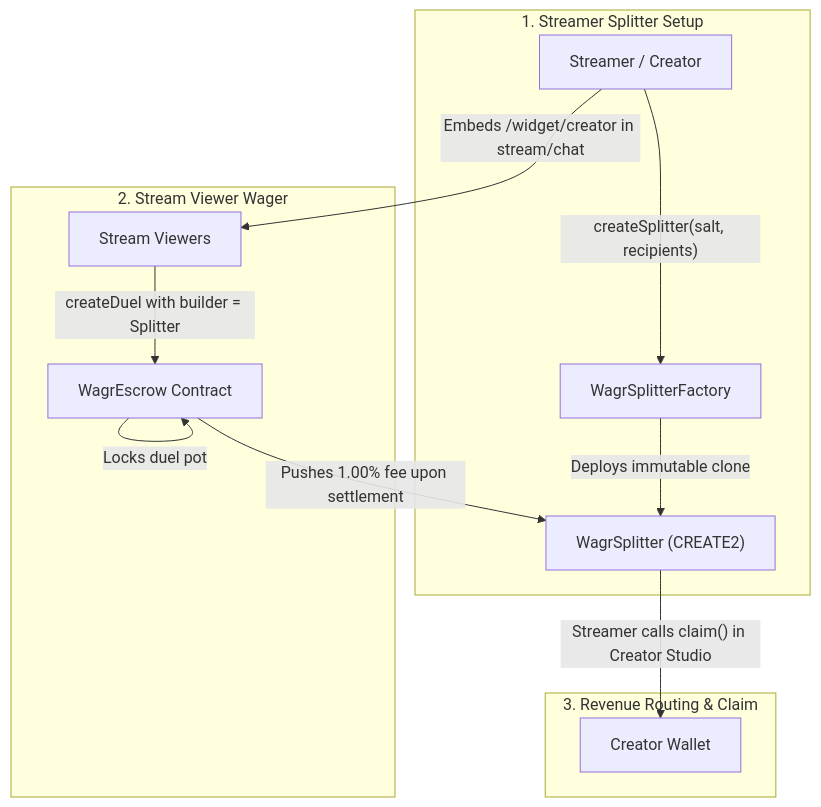
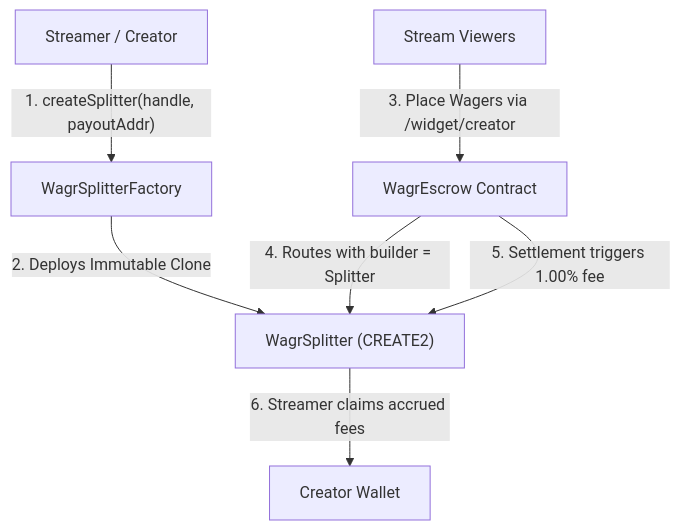
One commit to psanskaar/Wagr changed the second of 2 diagrams in README.md. Above: the diagram before and after it, drawn with Mermaid. The commit also changed other lines of this file, not shown here.

````diff
--- a/README.md
+++ b/README.md
@@ -63,18 +56,9 @@
 ```mermaid
 flowchart TD
-    subgraph Phase1["1. Streamer Splitter Setup"]
-        Streamer["Streamer / Creator"] -->|"createSplitter(salt, recipients)"| Factory["WagrSplitterFactory"]
-        Factory -->|"Deploys immutable clone"| Splitter["WagrSplitter (CREATE2)"]
-    end
-
-    subgraph Phase2["2. Stream Viewer Wager"]
-        Streamer -->|"Embeds /widget/creator in stream/chat"| Viewer["Stream Viewers"]
-        Viewer -->|"createDuel with builder = Splitter"| Escrow["WagrEscrow Contract"]
-        Escrow -->|"Locks duel pot"| Escrow
-    end
-
-    subgraph Phase3["3. Revenue Routing & Claim"]
-        Escrow -->|"Pushes 1.00% fee upon settlement"| Splitter
-        Splitter -->|"Streamer calls claim() in Creator Studio"| Wallet["Creator Wallet"]
-    end
+    Streamer["Streamer / Creator"] -->|"1. createSplitter(handle, payoutAddr)"| Factory["WagrSplitterFactory"]
+    Factory -->|"2. Deploys Immutable Clone"| Splitter["WagrSplitter (CREATE2)"]
+    Viewer["Stream Viewers"] -->|"3. Place Wagers via /widget/creator"| Escrow["WagrEscrow Contract"]
+    Escrow -->|"4. Routes with builder = Splitter"| Splitter
+    Escrow -->|"5. Settlement triggers 1.00% fee"| Splitter
+    Splitter -->|"6. Streamer claims accrued fees"| Wallet["Creator Wallet"]
 ```
````
